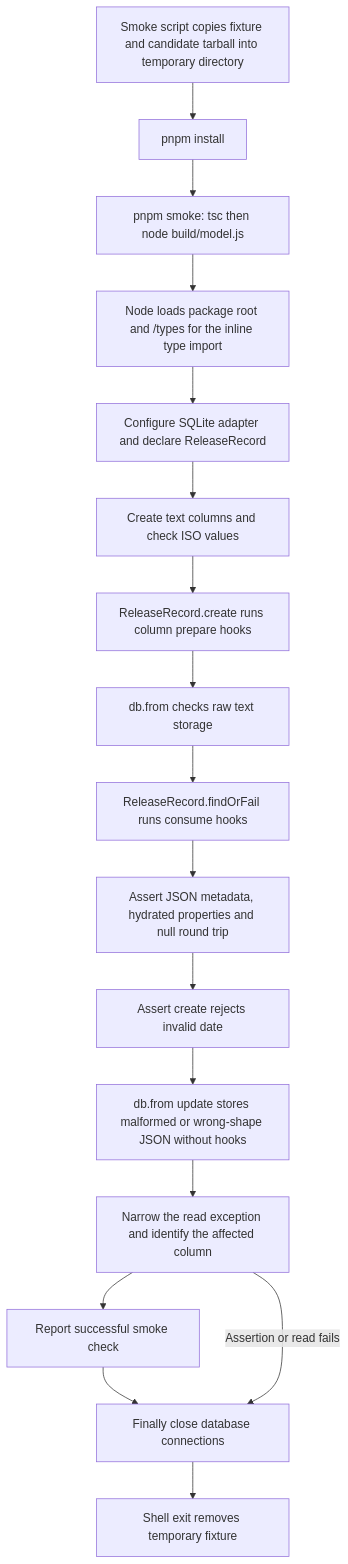
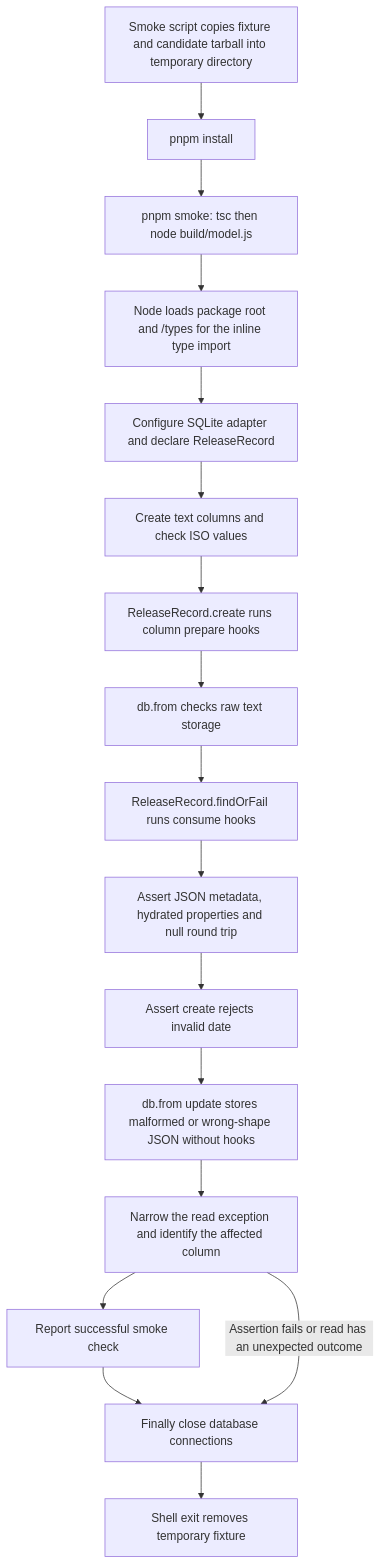
One commit to Kevinjohn/oss-adonisjs-lucid-checked-columns changed the second of 2 diagrams in user-stories/US-COLUMN-05-consume-installed-package.md. Above: the diagram before and after it, drawn with Mermaid. The commit also changed other lines of this file and 2 other files, not shown here.

````diff
--- a/user-stories/US-COLUMN-05-consume-installed-package.md
+++ b/user-stories/US-COLUMN-05-consume-installed-package.md
@@ -36,19 +36,19 @@
 ```mermaid
 flowchart TD
     A["Smoke script copies fixture and candidate tarball into temporary directory"] --> B["pnpm install"]
     B --> C["pnpm smoke: tsc then node build/model.js"]
     C --> P["Node loads package root and /types for the inline type import"]
     P --> D["Configure SQLite adapter and declare ReleaseRecord"]
     D --> E["Create text columns and check ISO values"]
     E --> F["ReleaseRecord.create runs column prepare hooks"]
     F --> G["db.from checks raw text storage"]
     G --> H["ReleaseRecord.findOrFail runs consume hooks"]
     H --> I["Assert JSON metadata, hydrated properties and null round trip"]
     I --> J["Assert create rejects invalid date"]
     J --> K["db.from update stores malformed or wrong-shape JSON without hooks"]
     K --> L["Narrow the read exception and identify the affected column"]
     L --> M["Report successful smoke check"]
     M --> N["Finally close database connections"]
-    L -->|Assertion or read fails| N
+    L -->|Assertion fails or read has an unexpected outcome| N
     N --> O["Shell exit removes temporary fixture"]
 ```
````
